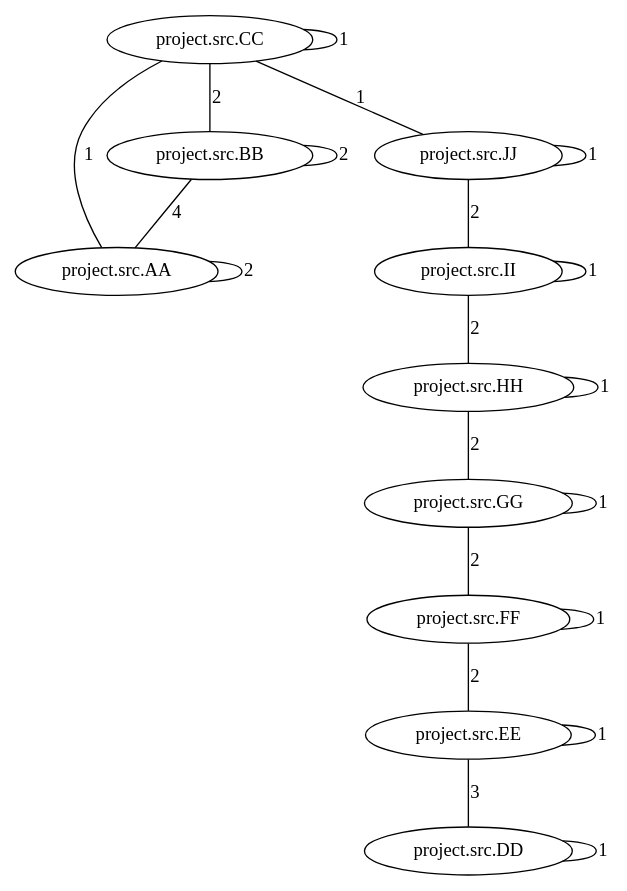
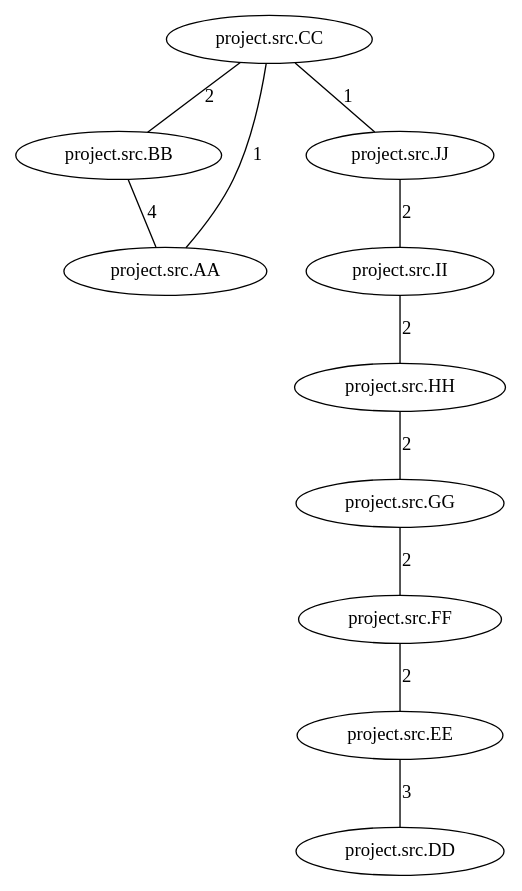
Before and after one commit to L-zed/TP2_AnalyseStatique: the diagram in TP2_spoon/src/main/resources/graph.dot, drawn with Graphviz. The commit also changed 37 other files, not shown here.

```diff
--- a/TP2_spoon/src/main/resources/graph.dot
+++ b/TP2_spoon/src/main/resources/graph.dot
@@ -1,23 +1,13 @@
 digraph "graph" {
 edge[dir=none]
-"project.src.AA"->"project.src.AA" [ label="2" ]
 "project.src.BB"->"project.src.AA" [ label="4" ]
 "project.src.CC"->"project.src.AA" [ label="1" ]
-"project.src.BB"->"project.src.BB" [ label="2" ]
 "project.src.CC"->"project.src.BB" [ label="2" ]
-"project.src.CC"->"project.src.CC" [ label="1" ]
-"project.src.DD"->"project.src.DD" [ label="1" ]
 "project.src.EE"->"project.src.DD" [ label="3" ]
-"project.src.EE"->"project.src.EE" [ label="1" ]
 "project.src.FF"->"project.src.EE" [ label="2" ]
-"project.src.FF"->"project.src.FF" [ label="1" ]
 "project.src.GG"->"project.src.FF" [ label="2" ]
-"project.src.GG"->"project.src.GG" [ label="1" ]
 "project.src.HH"->"project.src.GG" [ label="2" ]
-"project.src.HH"->"project.src.HH" [ label="1" ]
 "project.src.II"->"project.src.HH" [ label="2" ]
-"project.src.II"->"project.src.II" [ label="1" ]
 "project.src.JJ"->"project.src.II" [ label="2" ]
-"project.src.JJ"->"project.src.JJ" [ label="1" ]
 "project.src.CC"->"project.src.JJ" [ label="1" ]
 }
```
